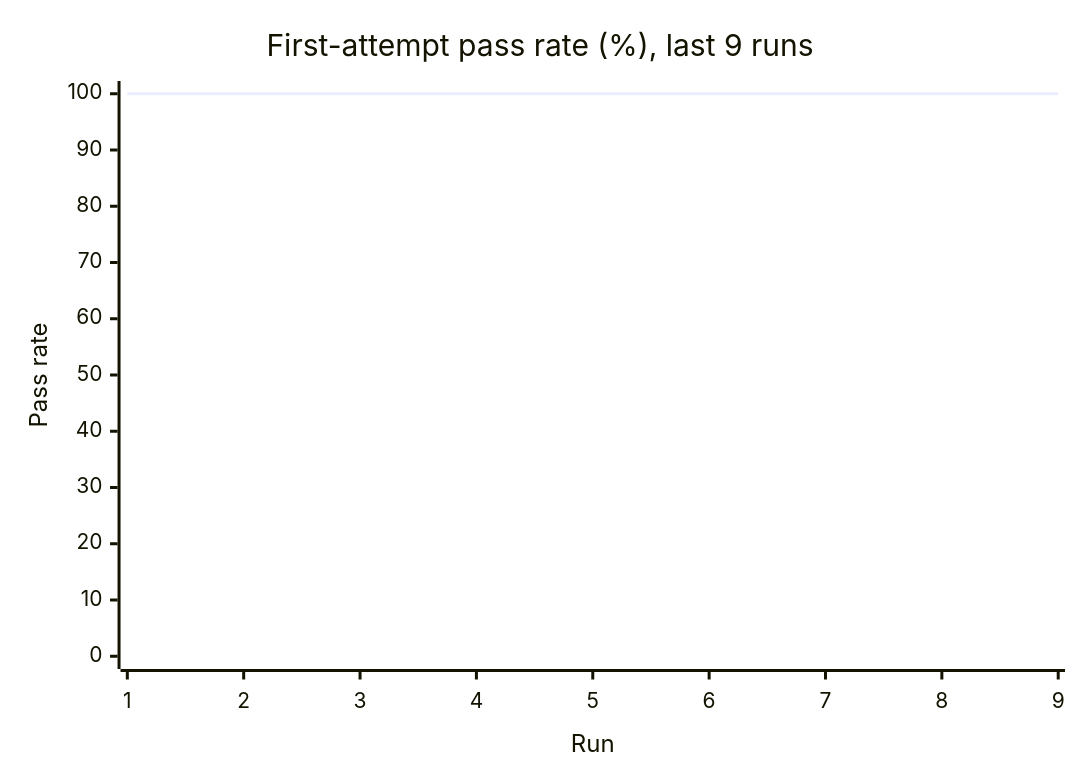
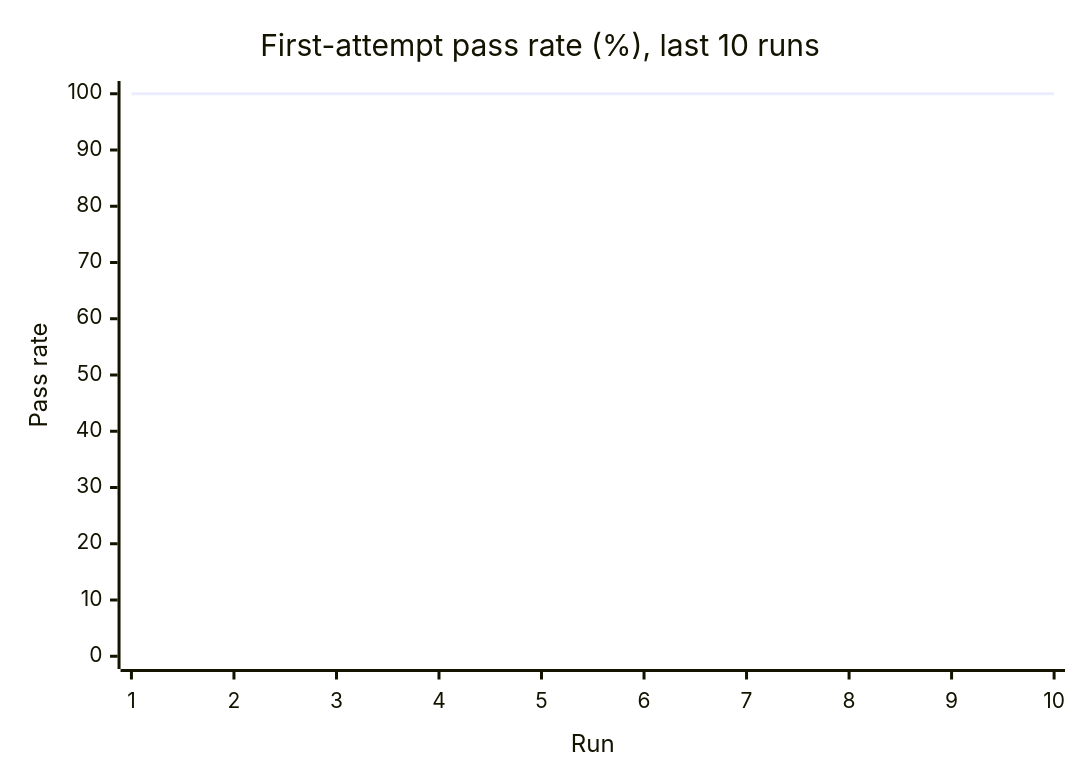
One commit to Shirojoufu/DORA-Metrics changed the first of 3 diagrams in reports/summary.md. Above: the diagram before and after it, drawn with Mermaid. The commit also changed other lines of this file and 5 other files, not shown here.

````diff
--- a/reports/summary.md
+++ b/reports/summary.md
@@ -17,7 +17,7 @@
 ```mermaid
 xychart-beta
-    title "First-attempt pass rate (%), last 9 runs"
-    x-axis "Run" [1, 2, 3, 4, 5, 6, 7, 8, 9]
+    title "First-attempt pass rate (%), last 10 runs"
+    x-axis "Run" [1, 2, 3, 4, 5, 6, 7, 8, 9, 10]
     y-axis "Pass rate" 0 --> 100
-    line [100.0, 100.0, 100.0, 100.0, 100.0, 100.0, 100.0, 100.0, 100.0]
+    line [100.0, 100.0, 100.0, 100.0, 100.0, 100.0, 100.0, 100.0, 100.0, 100.0]
 ```
````
